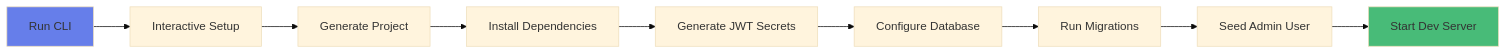
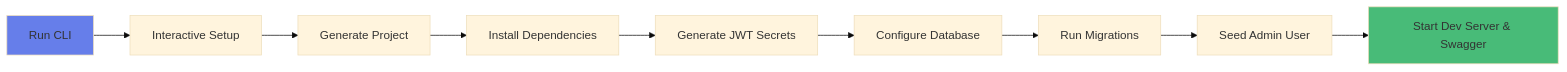
Before and after one commit to astralicc/create-nestjs-auth: the diagram in README.md, drawn with Mermaid (base theme). The commit also changed other lines of this file and 5 other files, not shown here.

````diff
--- a/README.md
+++ b/README.md
@@ -275,14 +318,14 @@
 ```mermaid
 graph LR
     A[Run CLI] --> B[Interactive Setup]
     B --> C[Generate Project]
     C --> D[Install Dependencies]
     D --> E[Generate JWT Secrets]
     E --> F[Configure Database]
     F --> G[Run Migrations]
     G --> H[Seed Admin User]
-    H --> I[Start Dev Server]
+    H --> I[Start Dev Server & Swagger]
     
     style A fill:#667eea
     style I fill:#48bb78
 ```
````
